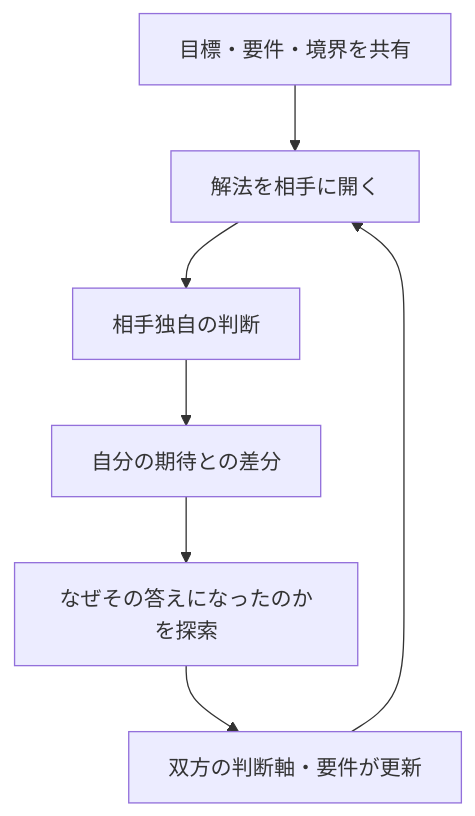
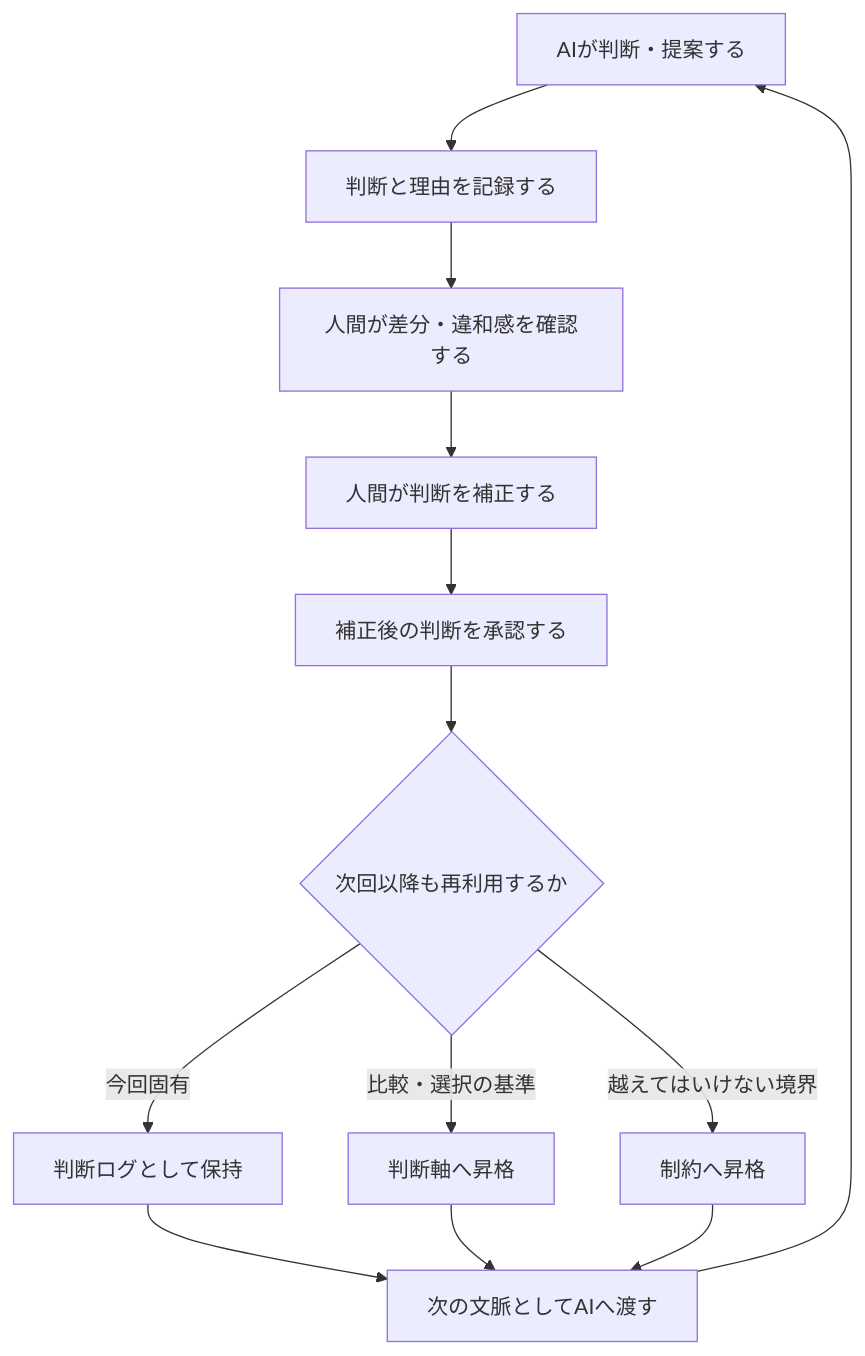
The diagram in articles/ai-approval-driven-development-02-decision-log.md (tamasub/FRB), drawn with Mermaid before and after one commit. The commit also changed other lines of this file and 2 other files, not shown here.

````diff
--- a/articles/ai-approval-driven-development-02-decision-log.md
+++ b/articles/ai-approval-driven-development-02-decision-log.md
@@ -299,9 +105,15 @@
 ```mermaid
 flowchart TD
-    A[目標・要件・境界を共有] --> B[解法を相手に開く]
-    B --> C[相手独自の判断]
-    C --> D[自分の期待との差分]
-    D --> E[なぜその答えになったのかを探索]
-    E --> F[双方の判断軸・要件が更新]
-    F --> B
+    A[AIが判断・提案する] --> B[判断と理由を記録する]
+    B --> C[人間が差分・違和感を確認する]
+    C --> D[人間が判断を補正する]
+    D --> E[補正後の判断を承認する]
+    E --> F{次回以降も再利用するか}
+    F -->|今回固有| G[判断ログとして保持]
+    F -->|比較・選択の基準| H[判断軸へ昇格]
+    F -->|越えてはいけない境界| I[制約へ昇格]
+    G --> J[次の文脈としてAIへ渡す]
+    H --> J
+    I --> J
+    J --> A
 ```
````
